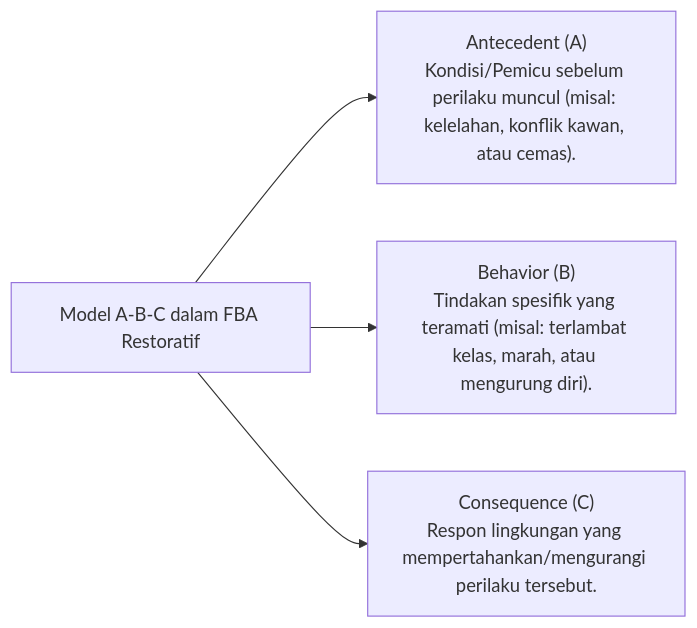
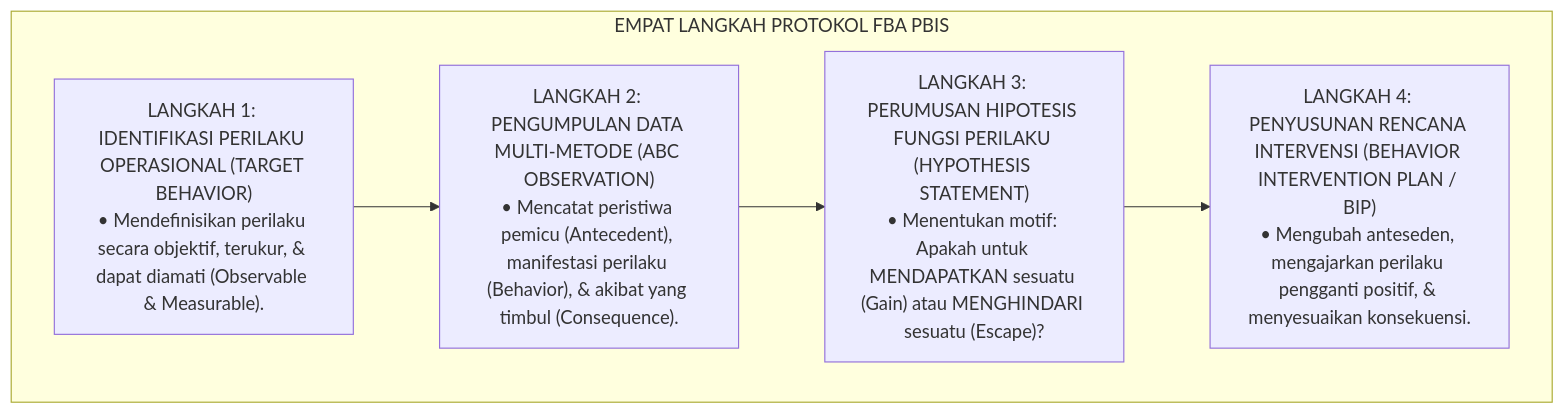
The sixth of 6 diagrams in 05 Assessment Framework/03 Assessment Model/P5-03-02-Protokol-Functional-Behavior-Assessment-FBA.md (wandiapriliyandi/tumbuh), drawn with Mermaid before and after one commit. The commit also changed other lines of this file and 5 other files, not shown here.

````diff
--- a/05 Assessment Framework/03 Assessment Model/P5-03-02-Protokol-Functional-Behavior-Assessment-FBA.md
+++ b/05 Assessment Framework/03 Assessment Model/P5-03-02-Protokol-Functional-Behavior-Assessment-FBA.md
@@ -14,7 +167,14 @@
 ```mermaid
-graph LR
-    ABC["Model A-B-C dalam FBA Restoratif"]
-    ABC --> A["Antecedent (A)<br/>Kondisi/Pemicu sebelum perilaku muncul (misal: kelelahan, konflik kawan, atau cemas)."]
-    ABC --> B["Behavior (B)<br/>Tindakan spesifik yang teramati (misal: terlambat kelas, marah, atau mengurung diri)."]
-    ABC --> C["Consequence (C)<br/>Respon lingkungan yang mempertahankan/mengurangi perilaku tersebut."]
+flowchart TD
+    subgraph EmpatLangkahProtokolFBA["EMPAT LANGKAH PROTOKOL FBA PBIS"]
+        StepA["LANGKAH 1: IDENTIFIKASI PERILAKU OPERASIONAL (TARGET BEHAVIOR)<br/>• Mendefinisikan perilaku secara objektif, terukur, & dapat diamati (Observable & Measurable)."]
+        
+        StepB["LANGKAH 2: PENGUMPULAN DATA MULTI-METODE (ABC OBSERVATION)<br/>• Mencatat peristiwa pemicu (Antecedent), manifestasi perilaku (Behavior), & akibat yang timbul (Consequence)."]
+        
+        StepC["LANGKAH 3: PERUMUSAN HIPOTESIS FUNGSI PERILAKU (HYPOTHESIS STATEMENT)<br/>• Menentukan motif: Apakah untuk MENDAPATKAN sesuatu (Gain) atau MENGHINDARI sesuatu (Escape)?"]
+        
+        StepD["LANGKAH 4: PENYUSUNAN RENCANA INTERVENSI (BEHAVIOR INTERVENTION PLAN / BIP)<br/>• Mengubah anteseden, mengajarkan perilaku pengganti positif, & menyesuaikan konsekuensi."]
+        
+        StepA --> StepB --> StepC --> StepD
+    end
 ```
````
